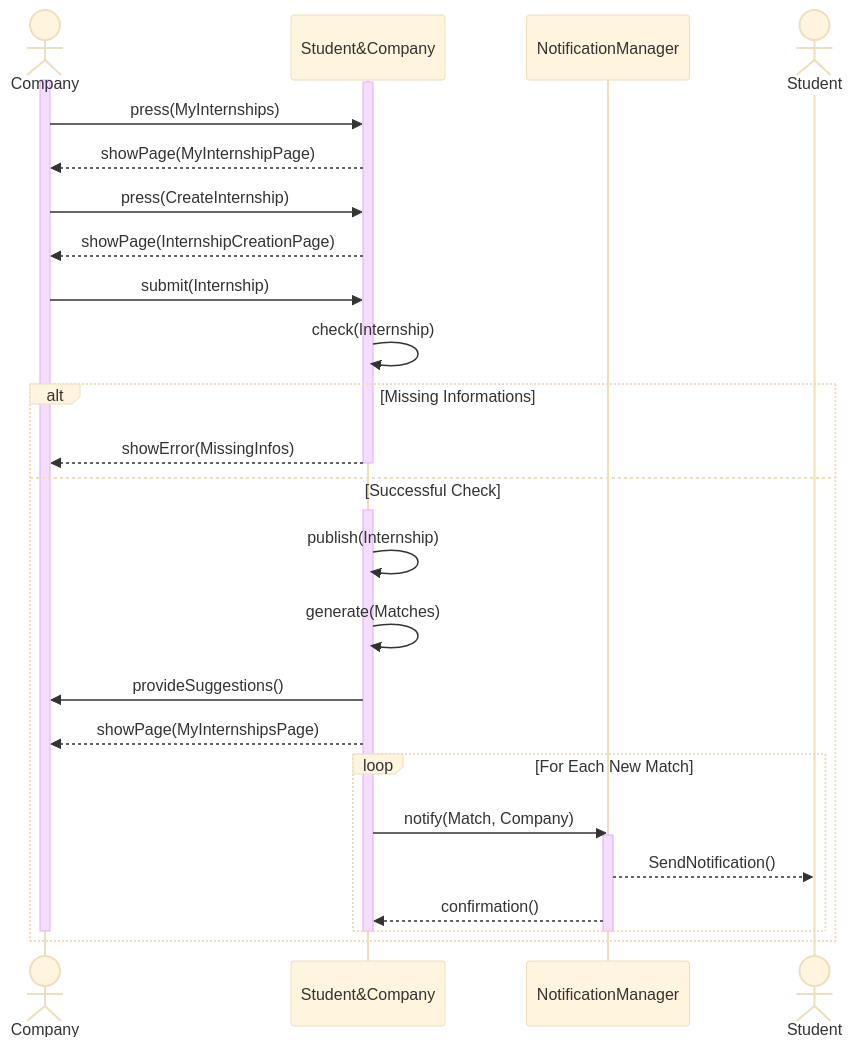
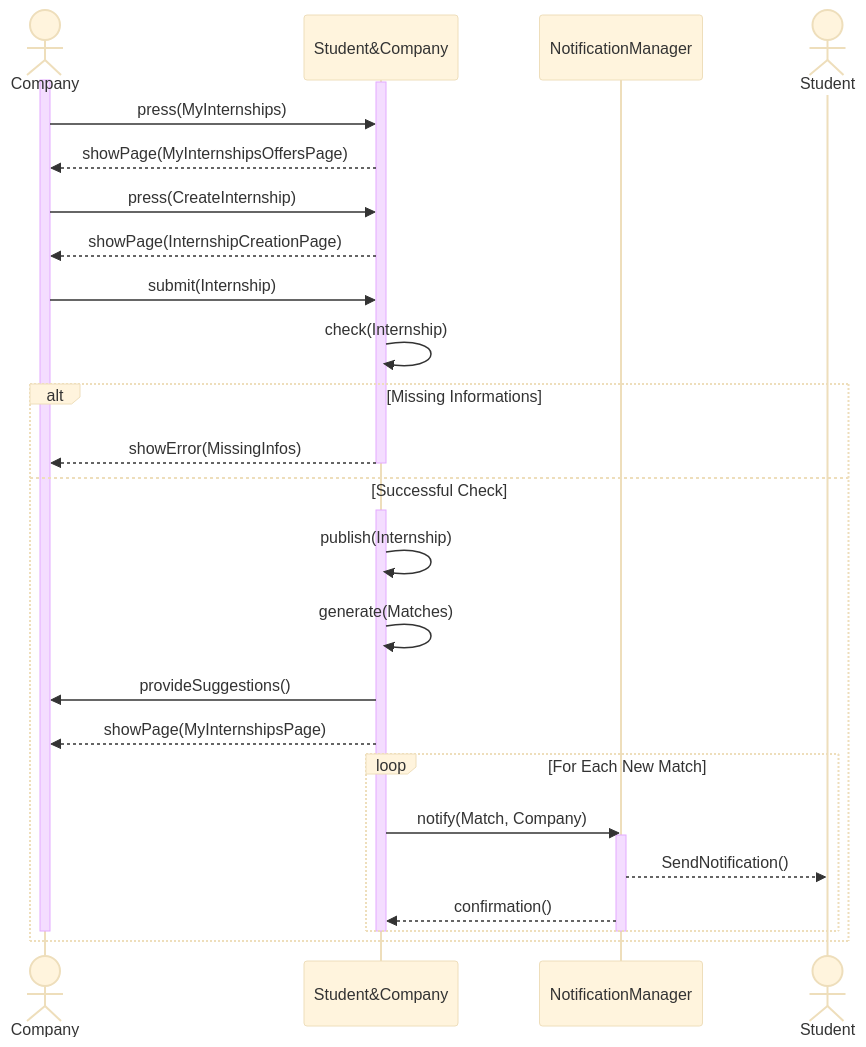
The sixth of 14 diagrams in Diagrams/SequenceDiagrams/SequenceDiagrams.md (Slaitroc/RicciPaoliGrisoni), drawn with Mermaid (base theme) before and after one commit. The commit also changed other lines of this file and 15 other files, not shown here.

Commit message:
state charts, sequence diagrams and use cases refactored

````diff
--- a/Diagrams/SequenceDiagrams/SequenceDiagrams.md
+++ b/Diagrams/SequenceDiagrams/SequenceDiagrams.md
@@ -205,34 +204,34 @@
 ```mermaid
 sequenceDiagram
     actor Company
     participant Student&Company
     participant NotificationManager
     actor Student
     activate Company
     activate Student&Company
     Company ->> Student&Company: press(MyInternships)
-    Student&Company -->> Company: showPage(MyInternshipPage)
+    Student&Company -->> Company: showPage(MyInternshipsOffersPage)
     Company ->> Student&Company: press(CreateInternship)
     Student&Company -->> Company: showPage(InternshipCreationPage)
     Company ->> Student&Company: submit(Internship)
     Student&Company ->> Student&Company: check(Internship)
     alt Missing Informations
         Student&Company -->> Company: showError(MissingInfos)
         deactivate Student&Company
     else Successful Check
         activate Student&Company
         Student&Company ->> Student&Company: publish(Internship)
         Student&Company ->> Student&Company: generate(Matches)
         Student&Company ->> Company: provideSuggestions()
         Student&Company -->> Company: showPage(MyInternshipsPage)
         loop For Each New Match
         Student&Company ->> NotificationManager: notify(Match, Company)
         activate NotificationManager
         NotificationManager -->> Student: SendNotification()
         NotificationManager -->> Student&Company: confirmation()
         end
         deactivate NotificationManager
         deactivate Student&Company
         deactivate Company
     end
 ```
````
